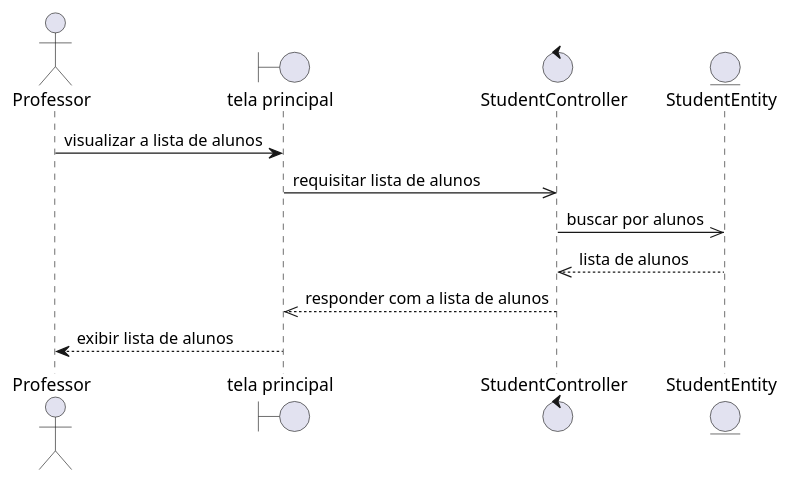
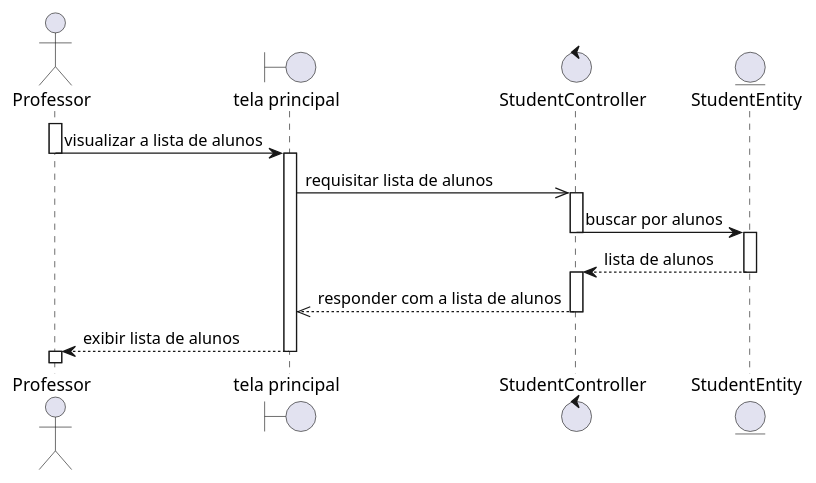
Before and after one commit to rodrigoRolim/CAdiagrams: the diagram in sequence/professor/professor.viewallstudents.wsd, drawn with PlantUML. The commit also changed 7 other files, not shown here.

```diff
--- a/sequence/professor/professor.viewallstudents.wsd
+++ b/sequence/professor/professor.viewallstudents.wsd
@@ -1,17 +1,28 @@
 @startuml
 actor Professor
 boundary "tela principal" as home
 'boundary "tela de documentos" as documentos
 control StudentController
 'control DocumentController
 entity StudentEntity
 'entity DocumentEntity
-
+activate Professor
 Professor -> home: visualizar a lista de alunos
+deactivate Professor
+activate home
 home ->> StudentController: requisitar lista de alunos
-StudentController ->> StudentEntity: buscar por alunos
-StudentEntity -->> StudentController: lista de alunos
+'deactivate home
+activate StudentController
+StudentController -> StudentEntity: buscar por alunos
+deactivate StudentController
+activate StudentEntity
+StudentEntity --> StudentController: lista de alunos
+deactivate StudentEntity
+activate StudentController
 StudentController -->> home: responder com a lista de alunos
+deactivate StudentController
+'activate home
 home --> Professor: exibir lista de alunos
-
+deactivate home
+activate Professor
 @enduml
```
